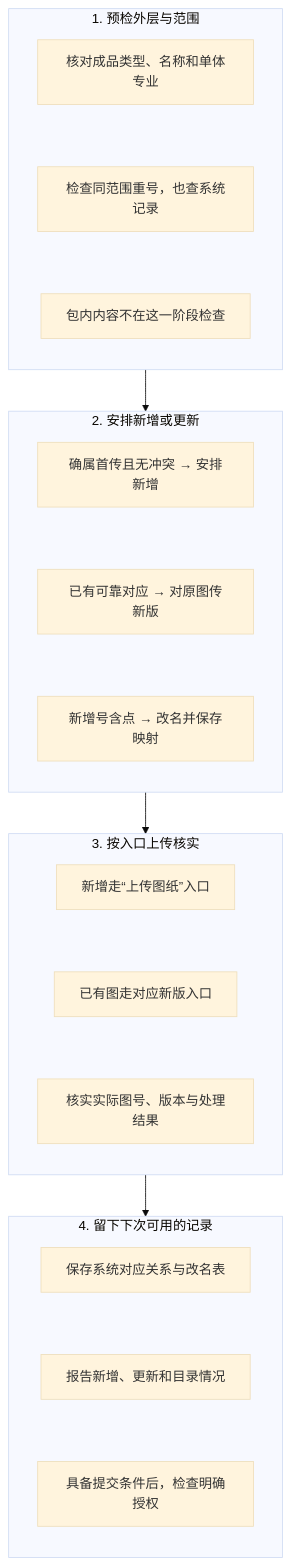
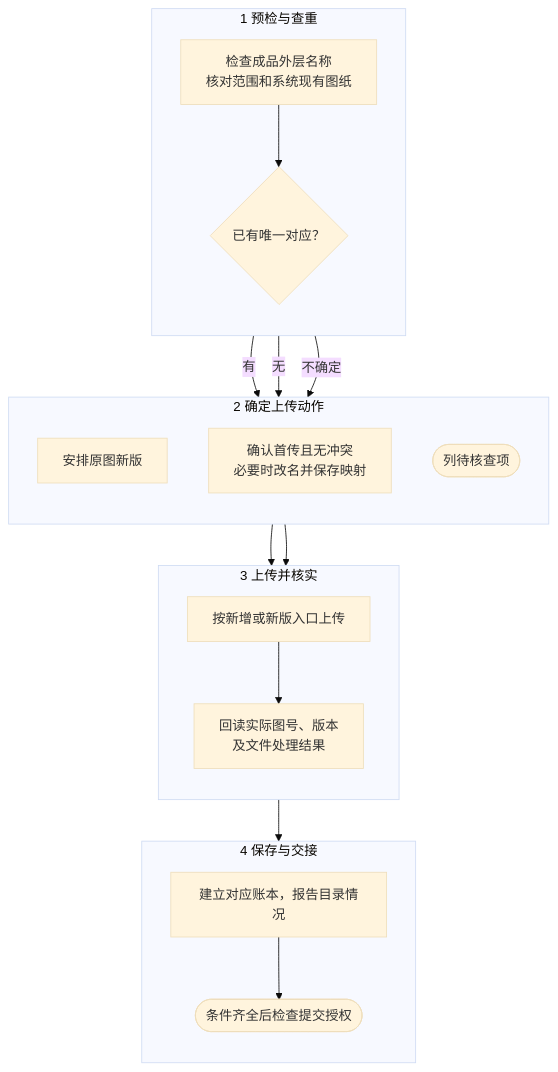
Before and after one commit to Zazia/blueprint-batch-upload: the diagram in docs/upload-guide/sources/01-initial.mmd, drawn with Mermaid (base theme). The commit also changed 51 other files, not shown here.

Commit message:
Refocus article on Guangzhou designers and restore grouped flowcharts

```diff
--- a/docs/upload-guide/sources/01-initial.mmd
+++ b/docs/upload-guide/sources/01-initial.mmd
@@ -1,32 +1,31 @@
 flowchart TD
-  subgraph S0["1. 预检外层与范围"]
+  subgraph S0["1 预检与查重"]
     direction TB
-    N00["核对成品类型、名称和单体专业"]
-    N01["检查同范围重号，也查系统记录"]
-    N02["包内内容不在这一阶段检查"]
-    N00 ~~~ N01 ~~~ N02
+    a["检查成品外层名称<br/>核对范围和系统现有图纸"]
+    b{"已有唯一对应？"}
   end
-  subgraph S1["2. 安排新增或更新"]
+  subgraph S1["2 确定上传动作"]
     direction TB
-    N10["确属首传且无冲突 → 安排新增"]
-    N11["已有可靠对应 → 对原图传新版"]
-    N12["新增号含点 → 改名并保存映射"]
-    N10 ~~~ N11 ~~~ N12
+    c["安排原图新版"]
+    d["确认首传且无冲突<br/>必要时改名并保存映射"]
+    u(["列待核查项"])
   end
-  S0 --> S1
-  subgraph S2["3. 按入口上传核实"]
+  subgraph S2["3 上传并核实"]
     direction TB
-    N20["新增走“上传图纸”入口"]
-    N21["已有图走对应新版入口"]
-    N22["核实实际图号、版本与处理结果"]
-    N20 ~~~ N21 ~~~ N22
+    e["按新增或新版入口上传"]
+    f["回读实际图号、版本<br/>及文件处理结果"]
   end
-  S1 --> S2
-  subgraph S3["4. 留下下次可用的记录"]
+  subgraph S3["4 保存与交接"]
     direction TB
-    N30["保存系统对应关系与改名表"]
-    N31["报告新增、更新和目录情况"]
-    N32["具备提交条件后，检查明确授权"]
-    N30 ~~~ N31 ~~~ N32
+    g["建立对应账本，报告目录情况"]
+    h(["条件齐全后检查提交授权"])
   end
-  S2 --> S3
+  a --> b
+  b -->|有| c
+  b -->|无| d
+  b -->|不确定| u
+  c --> e
+  d --> e
+  e --> f
+  f --> g
+  g --> h
```
